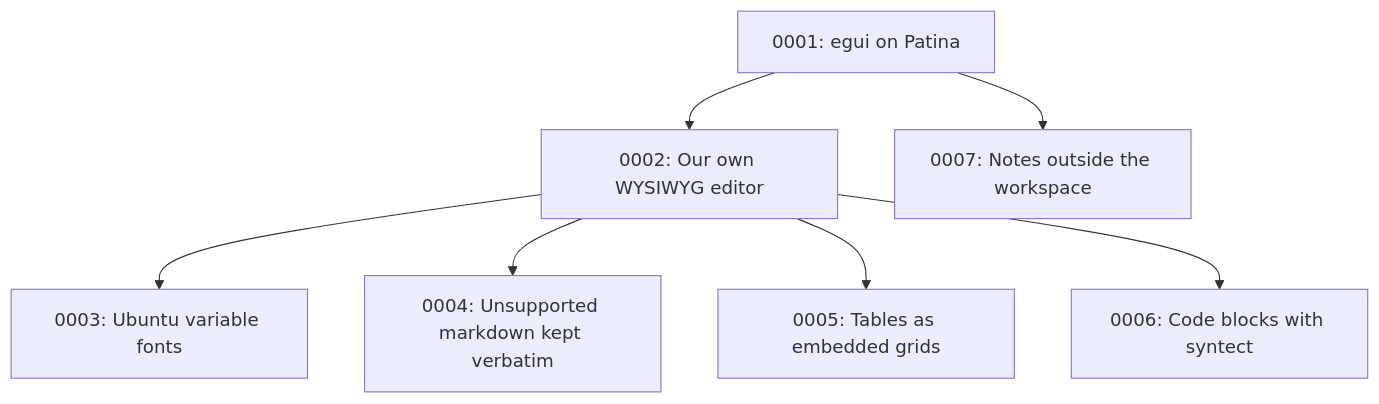
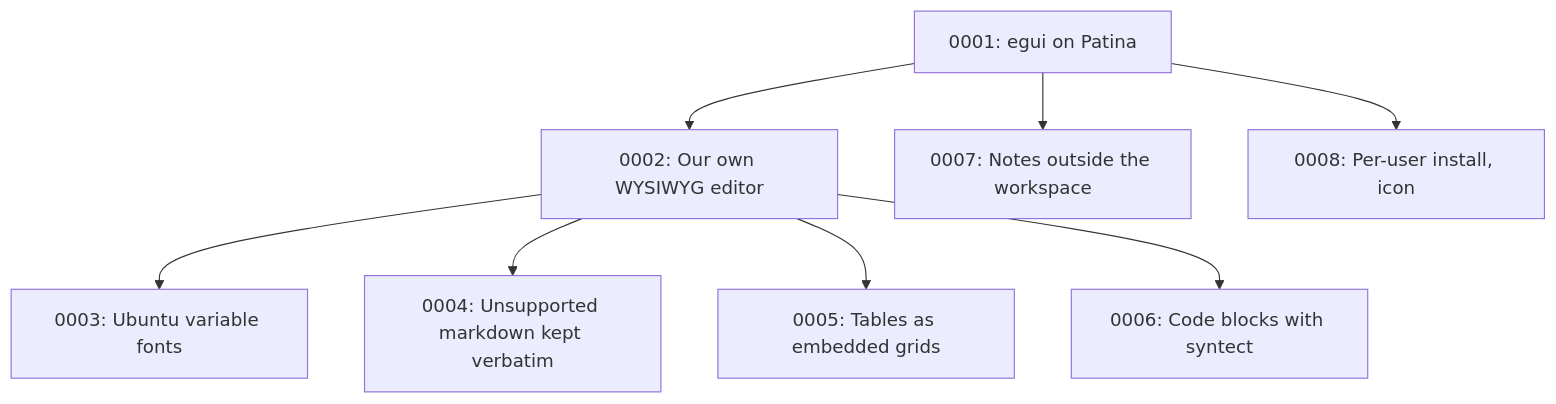
Before and after one commit to Sector-F-Labs/notebook: the diagram in docs/adr/README.md, drawn with Mermaid. The commit also changed other lines of this file and 11 other files, not shown here.

First line of the commit message:
Add a Moleskine-style icon and make install

````diff
--- a/docs/adr/README.md
+++ b/docs/adr/README.md
@@ -54,9 +55,10 @@
 ```mermaid
 flowchart TD
     A[0001: egui on Patina] --> B[0002: Our own WYSIWYG editor]
     B --> C[0003: Ubuntu variable fonts]
     B --> D[0004: Unsupported markdown kept verbatim]
     B --> E[0005: Tables as embedded grids]
     B --> F[0006: Code blocks with syntect]
     A --> G[0007: Notes outside the workspace]
+    A --> H[0008: Per-user install, icon]
 ```
````
